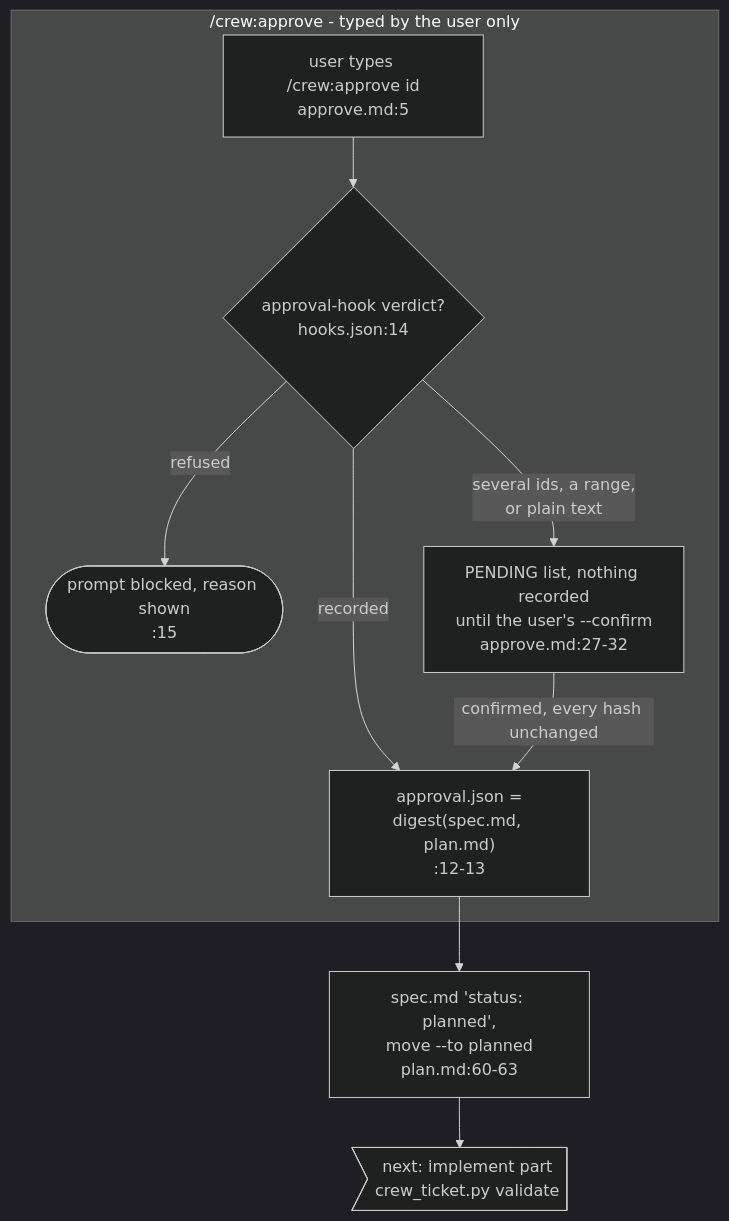
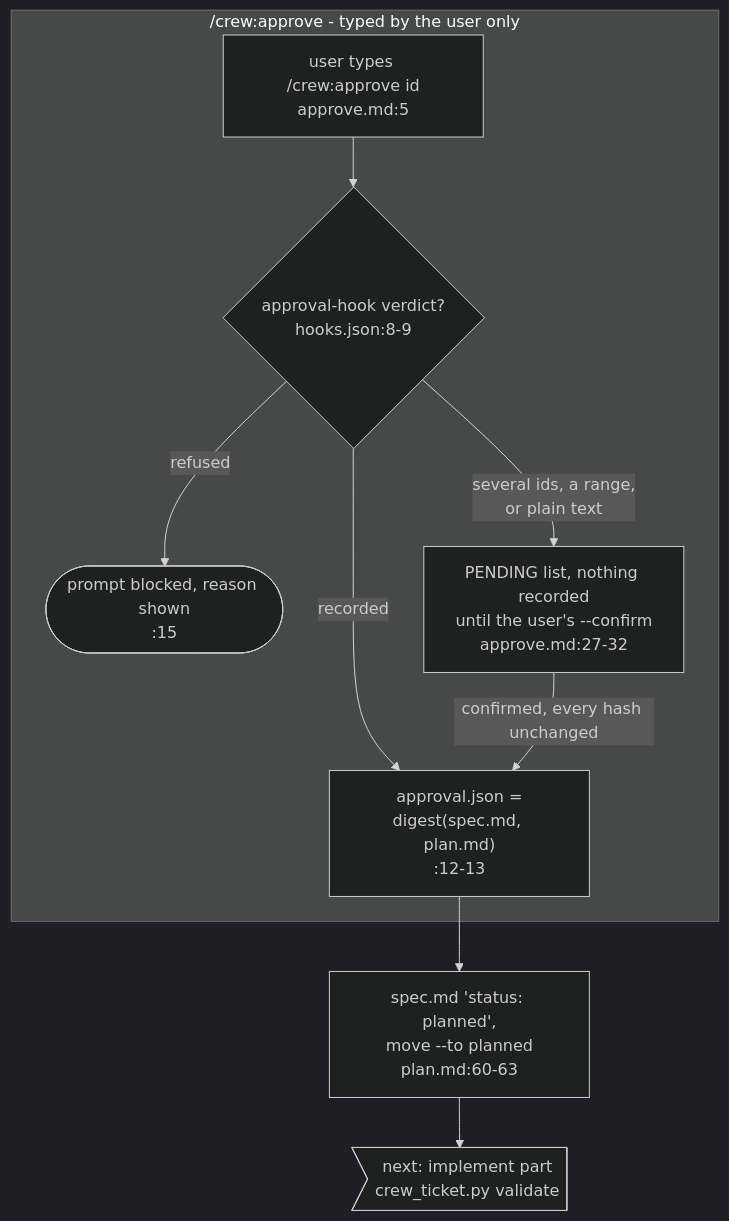
One commit to mbadali25/useful-claude-add-ons changed the diagram in docs/diagrams/process-crew-lifecycle-approve.mmd. Above: the diagram before and after it, drawn with Mermaid (dark theme). The commit also changed 16 other files, not shown here.

Commit message:
L-0850: ADR 0009, hook docs, guides, diagram line references (pre-version)

```diff
--- a/docs/diagrams/process-crew-lifecycle-approve.mmd
+++ b/docs/diagrams/process-crew-lifecycle-approve.mmd
@@ -1,34 +1,34 @@
 %% Generated from useful-claude-add-ons@f808e5f0 on 2026-10-03. Verify before trusting.
 %% Anchors: plugin/crew/commands/approve.md, plugin/crew/commands/plan.md, plugin/crew/hooks/hooks.json, plugin/crew/hooks/scripts/crew_ticket.py, plugin/crew/hooks/scripts/crew_tracker.py
 %% Purpose: How /crew:approve, typed by the user only, records or refuses a plan approval through the approval hook, including the group-approval path, and how the ticket then moves to planned.
 %% Embed: none
 %% One part of the crew lifecycle; process-crew-lifecycle.mmd is the overview and keeps the re-anchor history.
 %% Arrow-shaped nodes ("next:" / "back:" / "again:") stand for a node drawn in the named part.
 %% --
 %% Every node cites the command file's own line; files are named repo-relative
 %% here and by basename in the nodes (all under plugin/crew/commands/ unless
 %% named otherwise):
 %%   plugin/crew/commands/approve.md:5 disable-model-invocation; :9 the
 %%     UserPromptSubmit approval_hook decides before the model reads anything;
 %%     :12-13 recorded -> approval.json bound to the digest of spec.md AND plan.md;
 %%     :15 refused -> prompt blocked. Hook registered at
-%%     plugin/crew/hooks/hooks.json:14 (approval-hook.sh, UserPromptSubmit).
+%%     plugin/crew/hooks/hooks.json:8-9 (UserPromptSubmit launcher; crew_hook.py runs approval-hook.sh).
 %% --
 %% Note ap0: approve.md:5 disable-model-invocation
-%% Note ap1: approval-hook (UserPromptSubmit) hooks.json:14; approve.md:9
+%% Note ap1: approval-hook (UserPromptSubmit) hooks.json:8-9; approve.md:9
 %% Note ap2: header status value normalised; approved_via user-prompt
 %% Note apg: user's own /crew:approve --confirm records one receipt per ticket, or none
 %% Note planned: spec.md header 'status: planned' keeps the approval, crew_tracker.py move --to
 %%    planned
 flowchart TB
     subgraph approve["/crew:approve - typed by the user only"]
         ap0["user types /crew:approve id<br/>approve.md:5"]
-        ap0 --> ap1{"approval-hook verdict?<br/>hooks.json:14"}
+        ap0 --> ap1{"approval-hook verdict?<br/>hooks.json:8-9"}
         ap1 -- refused --> apx([prompt blocked, reason shown<br/>:15])
         ap1 -- recorded --> ap2["approval.json =<br/>digest(spec.md, plan.md)<br/>:12-13"]
         ap1 -- "several ids, a range,<br/>or plain text" --> apg["PENDING list, nothing recorded<br/>until the user's --confirm<br/>approve.md:27-32"]
         apg -- "confirmed, every hash unchanged" --> ap2
     end
 
     ap2 --> planned["spec.md 'status: planned',<br/>move --to planned<br/>plan.md:60-63"]
     planned --> to_im0>"next: implement part<br/>crew_ticket.py validate"]
```
